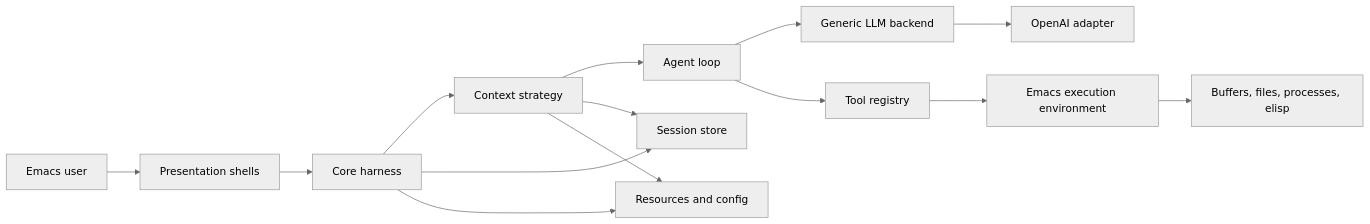
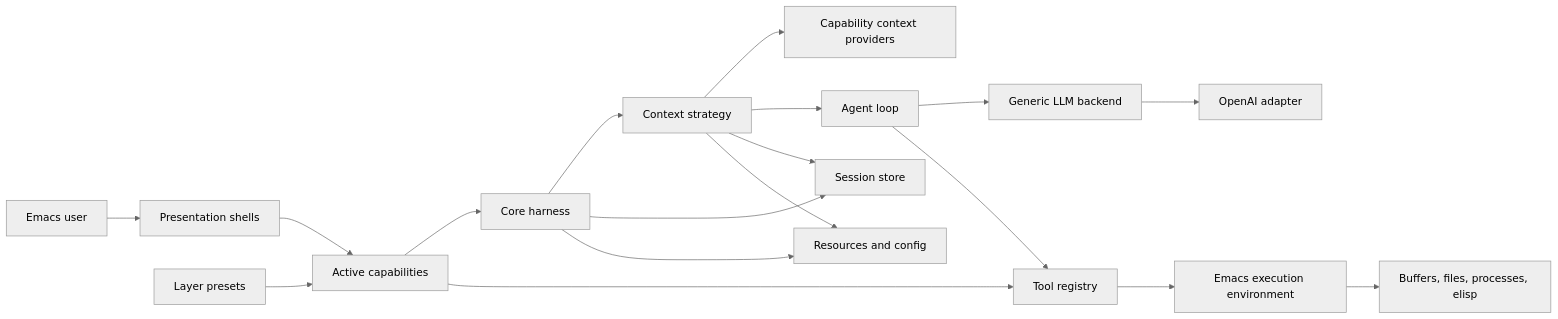
One commit to alendit/e changed the second of 6 diagrams in docs/architecture.md. Above: the diagram before and after it, drawn with Mermaid (neutral theme). The commit also changed other lines of this file and 8 other files, not shown here.

````diff
--- a/docs/architecture.md
+++ b/docs/architecture.md
@@ -39,16 +54,20 @@
 ```mermaid
 flowchart LR
     User["Emacs user"] --> UI["Presentation shells"]
-    UI --> Harness["Core harness"]
+    UI --> Caps["Active capabilities"]
+    LayerPresets["Layer presets"] --> Caps
+    Caps --> Harness["Core harness"]
     Harness --> Context["Context strategy"]
+    Context --> CapContext["Capability context providers"]
     Context --> Loop["Agent loop"]
     Loop --> Backend["Generic LLM backend"]
     Backend --> OpenAI["OpenAI adapter"]
     Loop --> Tools["Tool registry"]
+    Caps --> Tools
     Tools --> Env["Emacs execution environment"]
     Harness --> Sessions["Session store"]
     Context --> Sessions
     Harness --> Resources["Resources and config"]
     Context --> Resources
     Env --> Emacs["Buffers, files, processes, elisp"]
 ```
````
